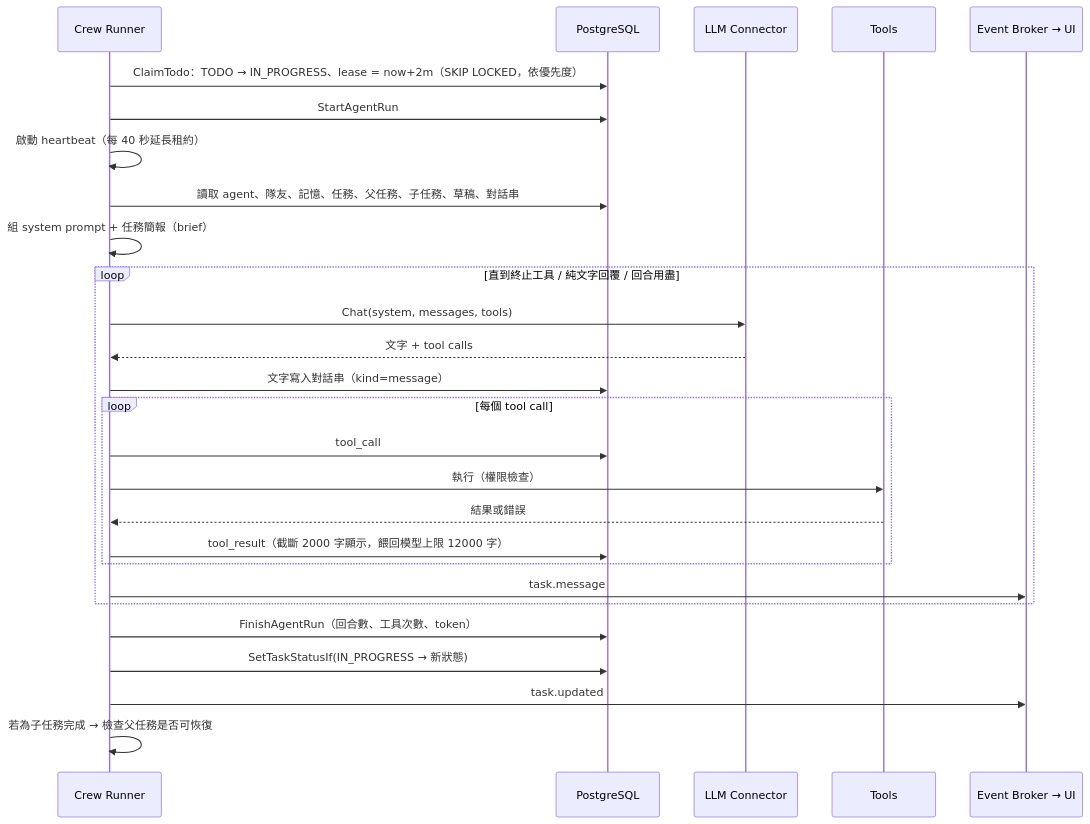
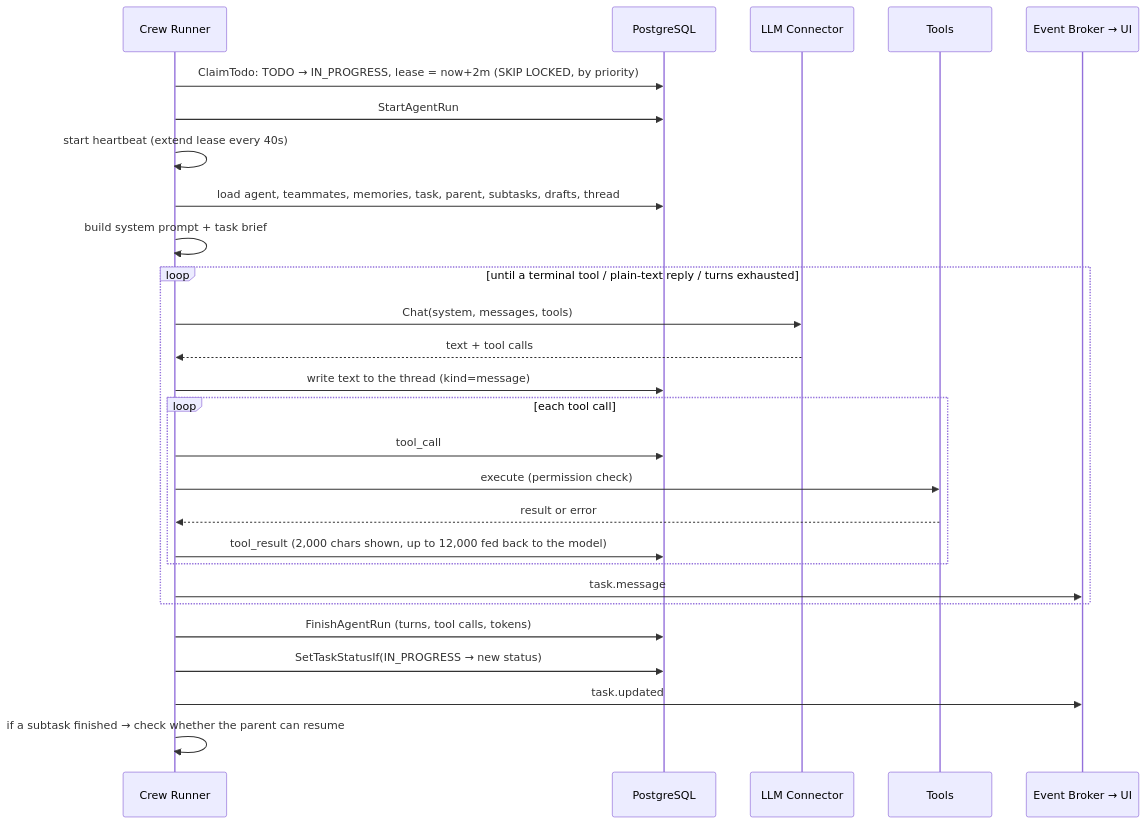
The third of 4 diagrams in docs/agentic-flow.md (j75689/cueflow), drawn with Mermaid before and after one commit. The commit also changed other lines of this file and 20 other files, not shown here.

````diff
--- a/docs/agentic-flow.md
+++ b/docs/agentic-flow.md
@@ -115,30 +120,30 @@
 ```mermaid
 sequenceDiagram
     participant C as Crew Runner
     participant DB as PostgreSQL
     participant L as LLM Connector
     participant T as Tools
     participant B as Event Broker → UI
 
-    C->>DB: ClaimTodo：TODO → IN_PROGRESS、lease = now+2m（SKIP LOCKED，依優先度）
+    C->>DB: ClaimTodo: TODO → IN_PROGRESS, lease = now+2m (SKIP LOCKED, by priority)
     C->>DB: StartAgentRun
-    C->>C: 啟動 heartbeat（每 40 秒延長租約）
-    C->>DB: 讀取 agent、隊友、記憶、任務、父任務、子任務、草稿、對話串
-    C->>C: 組 system prompt + 任務簡報（brief）
-    loop 直到終止工具 / 純文字回覆 / 回合用盡
+    C->>C: start heartbeat (extend lease every 40s)
+    C->>DB: load agent, teammates, memories, task, parent, subtasks, drafts, thread
+    C->>C: build system prompt + task brief
+    loop until a terminal tool / plain-text reply / turns exhausted
         C->>L: Chat(system, messages, tools)
-        L-->>C: 文字 + tool calls
-        C->>DB: 文字寫入對話串（kind=message）
-        loop 每個 tool call
+        L-->>C: text + tool calls
+        C->>DB: write text to the thread (kind=message)
+        loop each tool call
             C->>DB: tool_call
-            C->>T: 執行（權限檢查）
-            T-->>C: 結果或錯誤
-            C->>DB: tool_result（截斷 2000 字顯示，餵回模型上限 12000 字）
+            C->>T: execute (permission check)
+            T-->>C: result or error
+            C->>DB: tool_result (2,000 chars shown, up to 12,000 fed back to the model)
         end
         C->>B: task.message
     end
-    C->>DB: FinishAgentRun（回合數、工具次數、token）
-    C->>DB: SetTaskStatusIf(IN_PROGRESS → 新狀態)
+    C->>DB: FinishAgentRun (turns, tool calls, tokens)
+    C->>DB: SetTaskStatusIf(IN_PROGRESS → new status)
     C->>B: task.updated
-    C->>C: 若為子任務完成 → 檢查父任務是否可恢復
+    C->>C: if a subtask finished → check whether the parent can resume
 ```
````
